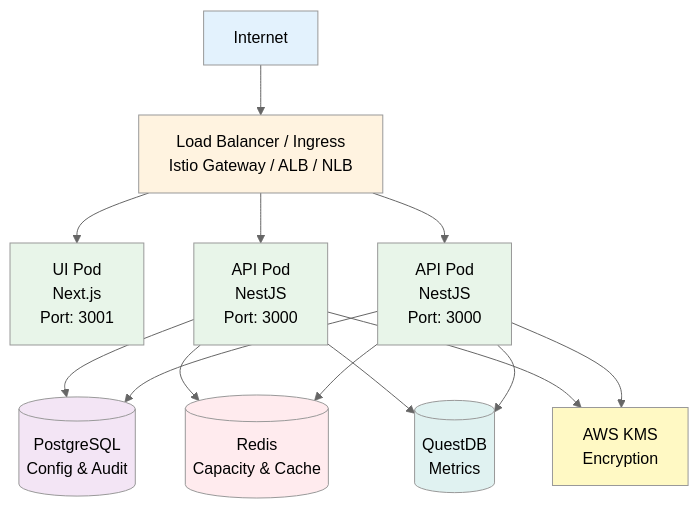
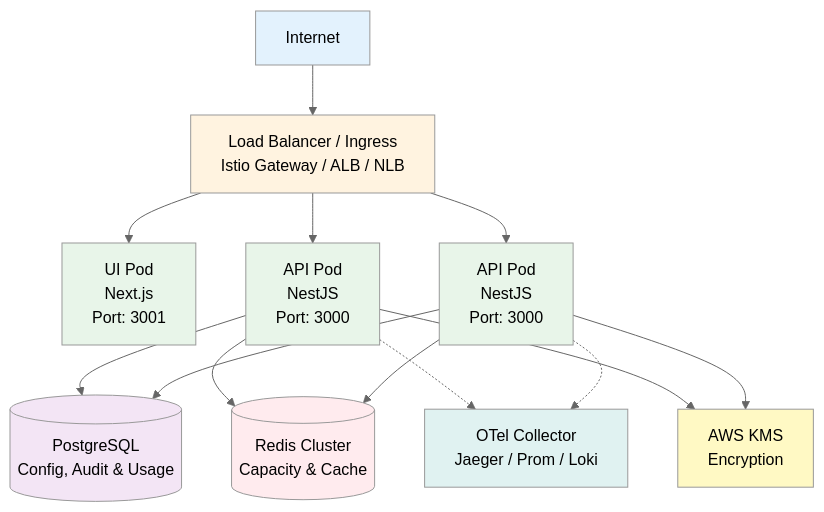
The first of 12 diagrams in docs/docs/architecture.md (vm-x-ai/vm-x-ai), drawn with Mermaid (neutral theme) before and after one commit. The commit also changed other lines of this file and 687 other files, not shown here.

````diff
--- a/docs/docs/architecture.md
+++ b/docs/docs/architecture.md
@@ -79,38 +75,38 @@
 ```mermaid
 graph TB
     Internet[Internet]
     LB[Load Balancer / Ingress<br/>Istio Gateway / ALB / NLB]
 
     UI1[UI Pod<br/>Next.js<br/>Port: 3001]
     API1[API Pod<br/>NestJS<br/>Port: 3000]
     API2[API Pod<br/>NestJS<br/>Port: 3000]
 
-    PG[(PostgreSQL<br/>Config & Audit)]
-    Redis[(Redis<br/>Capacity & Cache)]
-    QuestDB[(QuestDB<br/>Metrics)]
+    PG[(PostgreSQL<br/>Config, Audit & Usage)]
+    Redis[(Redis Cluster<br/>Capacity & Cache)]
+    OTel[OTel Collector<br/>Jaeger / Prom / Loki]
     KMS[AWS KMS<br/>Encryption]
 
     Internet --> LB
     LB --> UI1
     LB --> API1
     LB --> API2
 
     API1 --> PG
     API2 --> PG
     API1 --> Redis
     API2 --> Redis
-    API1 --> QuestDB
-    API2 --> QuestDB
+    API1 -.-> OTel
+    API2 -.-> OTel
     API1 --> KMS
     API2 --> KMS
 
     style Internet fill:#e3f2fd
     style LB fill:#fff3e0
     style UI1 fill:#e8f5e9
     style API1 fill:#e8f5e9
     style API2 fill:#e8f5e9
     style PG fill:#f3e5f5
     style Redis fill:#ffebee
-    style QuestDB fill:#e0f2f1
+    style OTel fill:#e0f2f1
     style KMS fill:#fff9c4
 ```
````
